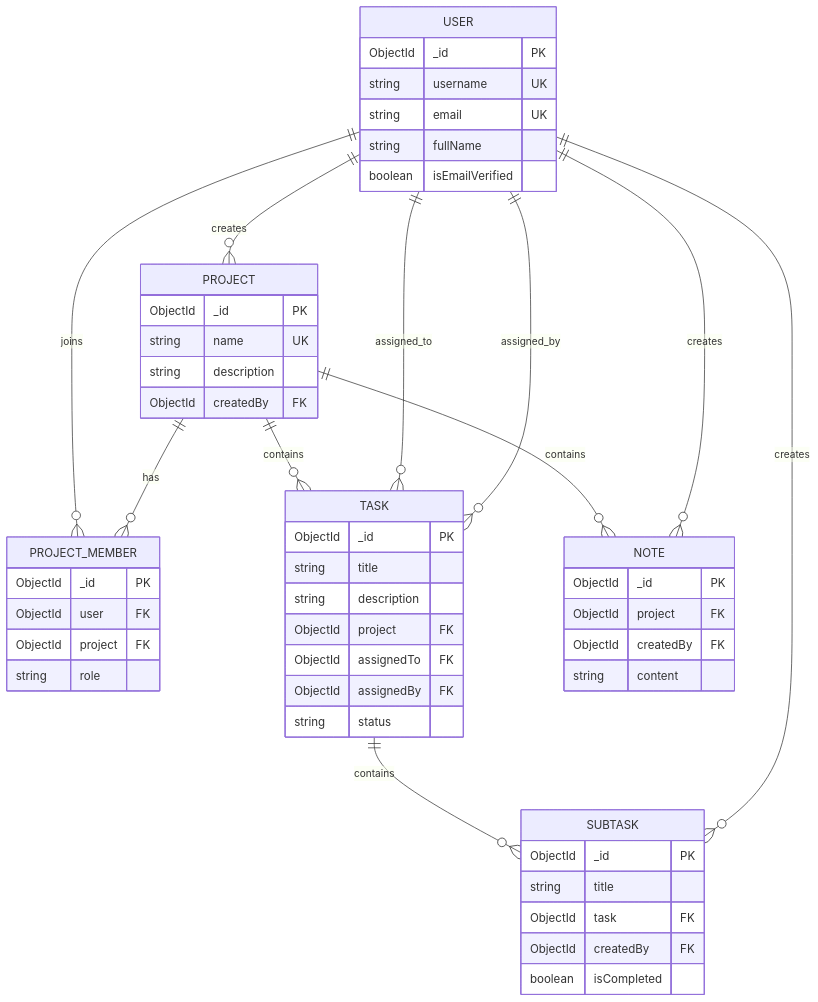
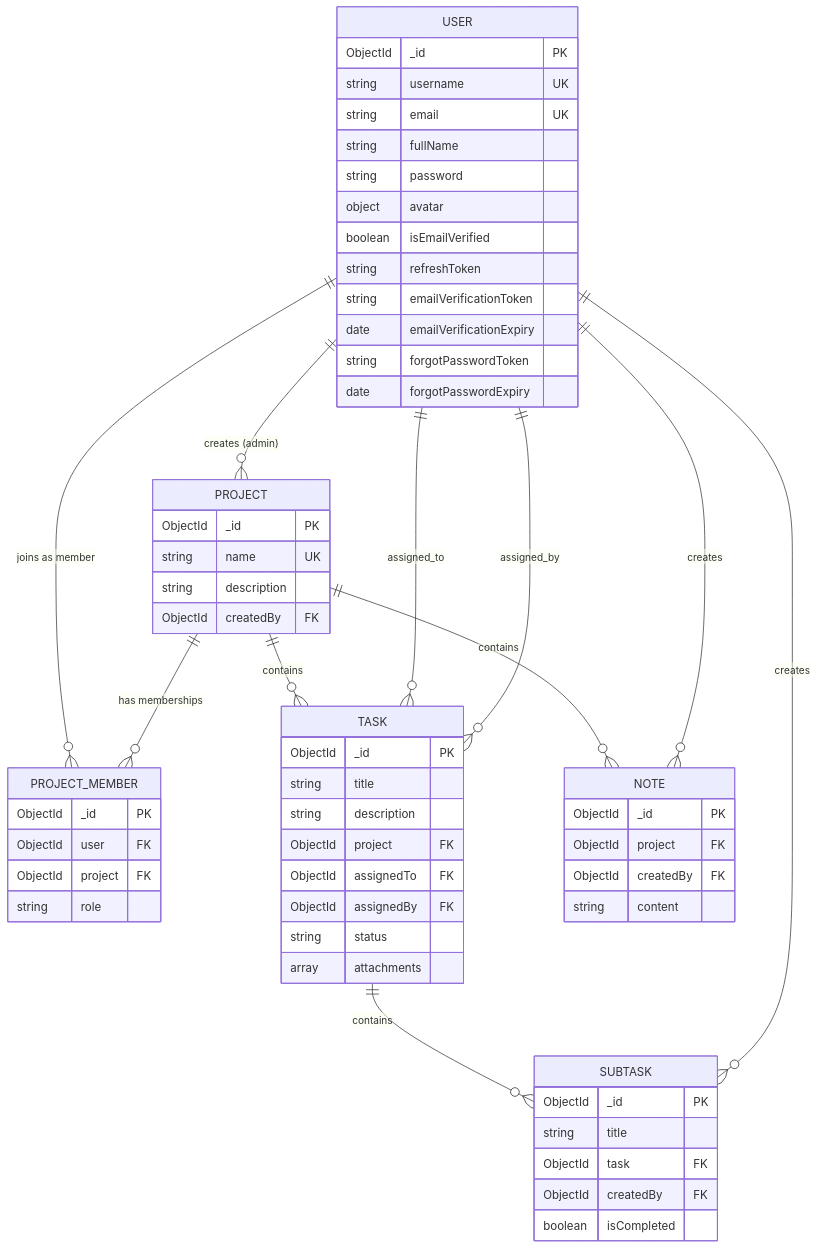
One commit to imrohittsingh-rs/project-management changed the diagram in README.md. Above: the diagram before and after it, drawn with Mermaid. The commit also changed other lines of this file and 1 other file, not shown here.

````diff
--- a/README.md
+++ b/README.md
@@ -184,60 +111,68 @@
 ```mermaid
 erDiagram
-	USER ||--o{ PROJECT_MEMBER : joins
-	PROJECT ||--o{ PROJECT_MEMBER : has
-	USER ||--o{ PROJECT : creates
-	PROJECT ||--o{ TASK : contains
-	USER ||--o{ TASK : assigned_to
-	USER ||--o{ TASK : assigned_by
-	TASK ||--o{ SUBTASK : contains
-	USER ||--o{ SUBTASK : creates
-	PROJECT ||--o{ NOTE : contains
-	USER ||--o{ NOTE : creates
+    USER ||--o{ PROJECT_MEMBER : "joins as member"
+    PROJECT ||--o{ PROJECT_MEMBER : "has memberships"
+    USER ||--o{ PROJECT : "creates (admin)"
+    PROJECT ||--o{ TASK : "contains"
+    USER ||--o{ TASK : "assigned_to"
+    USER ||--o{ TASK : "assigned_by"
+    TASK ||--o{ SUBTASK : "contains"
+    USER ||--o{ SUBTASK : "creates"
+    PROJECT ||--o{ NOTE : "contains"
+    USER ||--o{ NOTE : "creates"
 
-	USER {
-		ObjectId _id PK
-		string username UK
-		string email UK
-		string fullName
-		boolean isEmailVerified
-	}
+    USER {
+        ObjectId _id PK
+        string username UK
+        string email UK
+        string fullName
+        string password
+        object avatar
+        boolean isEmailVerified
+        string refreshToken
+        string emailVerificationToken
+        date emailVerificationExpiry
+        string forgotPasswordToken
+        date forgotPasswordExpiry
+    }
 
-	PROJECT {
-		ObjectId _id PK
-		string name UK
-		string description
-		ObjectId createdBy FK
-	}
+    PROJECT {
+        ObjectId _id PK
+        string name UK
+        string description
+        ObjectId createdBy FK
+    }
 
-	PROJECT_MEMBER {
-		ObjectId _id PK
-		ObjectId user FK
-		ObjectId project FK
-		string role
-	}
+    PROJECT_MEMBER {
+        ObjectId _id PK
+        ObjectId user FK
+        ObjectId project FK
+        string role
+    }
 
-	TASK {
-		ObjectId _id PK
-		string title
-		string description
-		ObjectId project FK
-		ObjectId assignedTo FK
-		ObjectId assignedBy FK
-		string status
-	}
+    TASK {
+        ObjectId _id PK
+        string title
+        string description
+        ObjectId project FK
+        ObjectId assignedTo FK
+        ObjectId assignedBy FK
+        string status
+        array attachments
+    }
 
-	SUBTASK {
-		ObjectId _id PK
-		string title
-		ObjectId task FK
-		ObjectId createdBy FK
-		boolean isCompleted
-	}
+    SUBTASK {
+        ObjectId _id PK
+        string title
+        ObjectId task FK
+        ObjectId createdBy FK
+        boolean isCompleted
+    }
 
-	NOTE {
-		ObjectId _id PK
-		ObjectId project FK
-		ObjectId createdBy FK
-		string content
-	}
+    NOTE {
+        ObjectId _id PK
+        ObjectId project FK
+        ObjectId createdBy FK
+        string content
+    }
 ```
````
